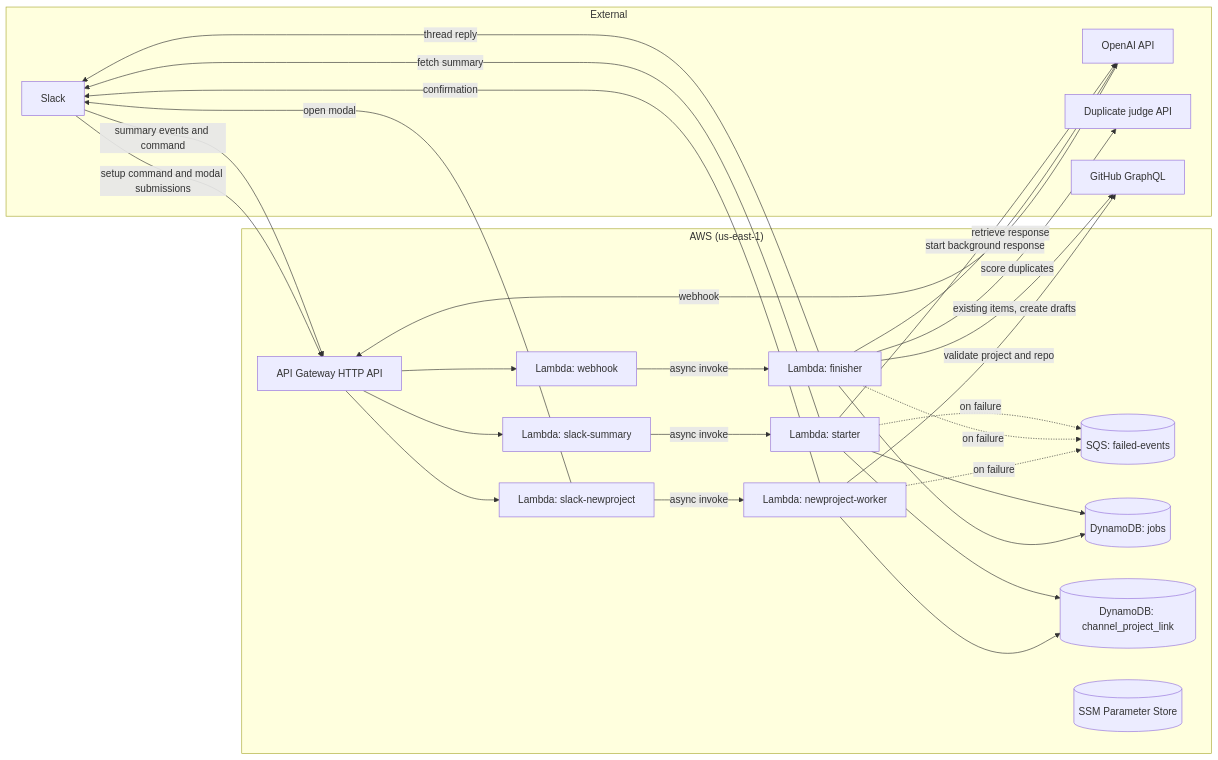
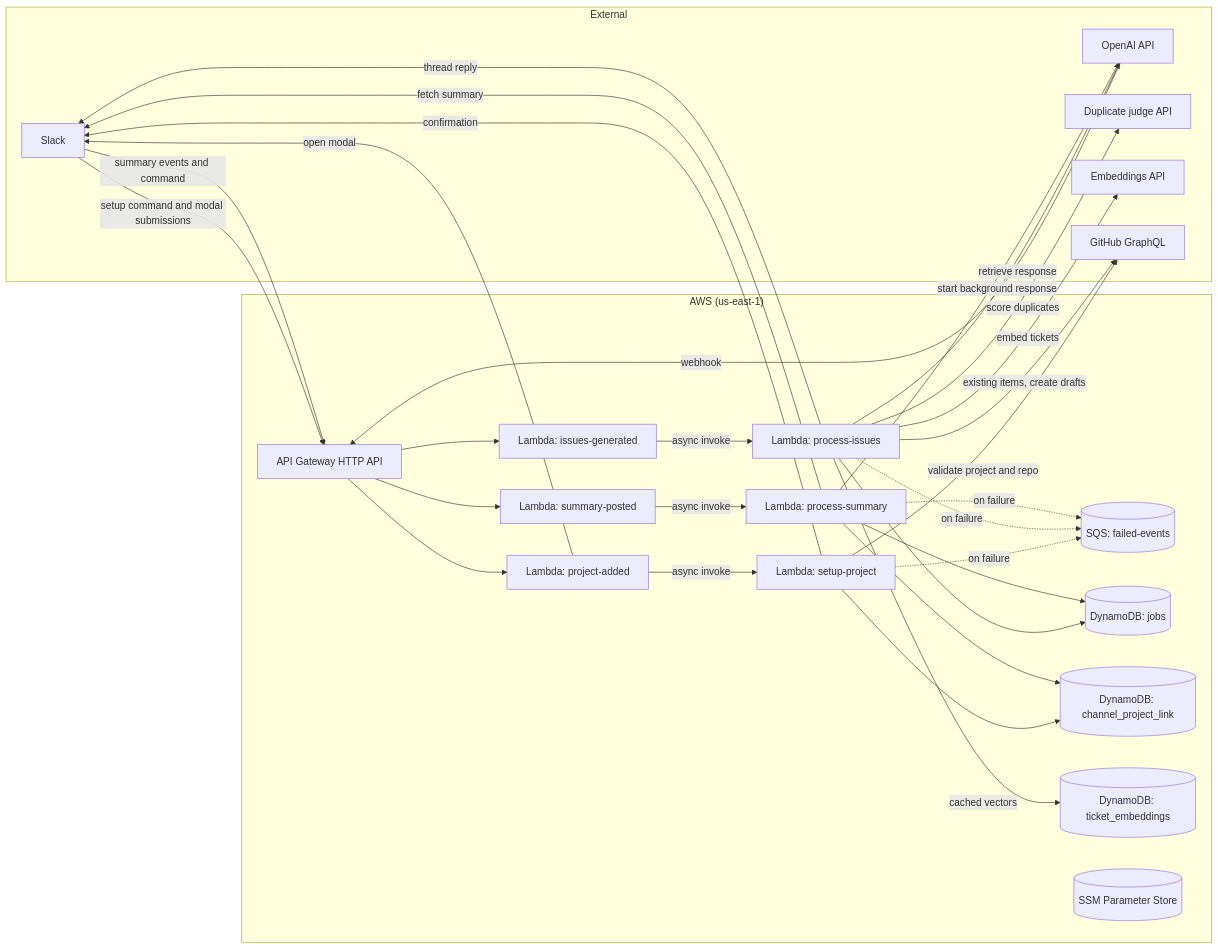
The first of 3 diagrams in architecture.md (RoryDaly1998/Huddle-Ticket-Automation), drawn with Mermaid before and after one commit. The commit also changed other lines of this file and 4 other files, not shown here.

````diff
--- a/architecture.md
+++ b/architecture.md
@@ -39,49 +39,53 @@
 ```mermaid
 flowchart LR
   subgraph External
     Slack[Slack]
     OpenAI[OpenAI API]
     Judge[Duplicate judge API]
+    Embed[Embeddings API]
     GitHub[GitHub GraphQL]
   end
 
   subgraph AWS["AWS (us-east-1)"]
     APIGW[API Gateway HTTP API]
-    SummaryIn[Lambda: slack-summary]
-    ProjectIn[Lambda: slack-newproject]
-    Hook[Lambda: webhook]
+    SummaryIn[Lambda: summary-posted]
+    ProjectIn[Lambda: project-added]
+    Hook[Lambda: issues-generated]
     FailQ[("SQS: failed-events")]
-    Starter[Lambda: starter]
-    Finisher[Lambda: finisher]
-    ProjectW[Lambda: newproject-worker]
+    Starter[Lambda: process-summary]
+    Finisher[Lambda: process-issues]
+    ProjectW[Lambda: setup-project]
     Jobs[("DynamoDB: jobs")]
     Links[("DynamoDB: channel_project_link")]
+    Embeddings[("DynamoDB: ticket_embeddings")]
     SSM[("SSM Parameter Store")]
   end
 
   Slack -->|summary events and command| APIGW
   Slack -->|setup command and modal submissions| APIGW
   OpenAI -->|webhook| APIGW
   APIGW --> SummaryIn
   APIGW --> ProjectIn
   APIGW --> Hook
   SummaryIn -->|async invoke| Starter
   ProjectIn -->|async invoke| ProjectW
   ProjectIn -->|open modal| Slack
   Hook -->|async invoke| Finisher
   Starter -.->|on failure| FailQ
   Finisher -.->|on failure| FailQ
   ProjectW -.->|on failure| FailQ
   Starter --> Jobs
   Starter --> Links
   Finisher --> Jobs
+  Finisher -->|cached vectors| Embeddings
   ProjectW --> Links
   Starter -->|fetch summary| Slack
   Starter -->|start background response| OpenAI
   Finisher -->|retrieve response| OpenAI
+  Finisher -->|embed tickets| Embed
   Finisher -->|score duplicates| Judge
   Finisher -->|existing items, create drafts| GitHub
   Finisher -->|thread reply| Slack
   ProjectW -->|validate project and repo| GitHub
   ProjectW -->|confirmation| Slack
 ```
````
